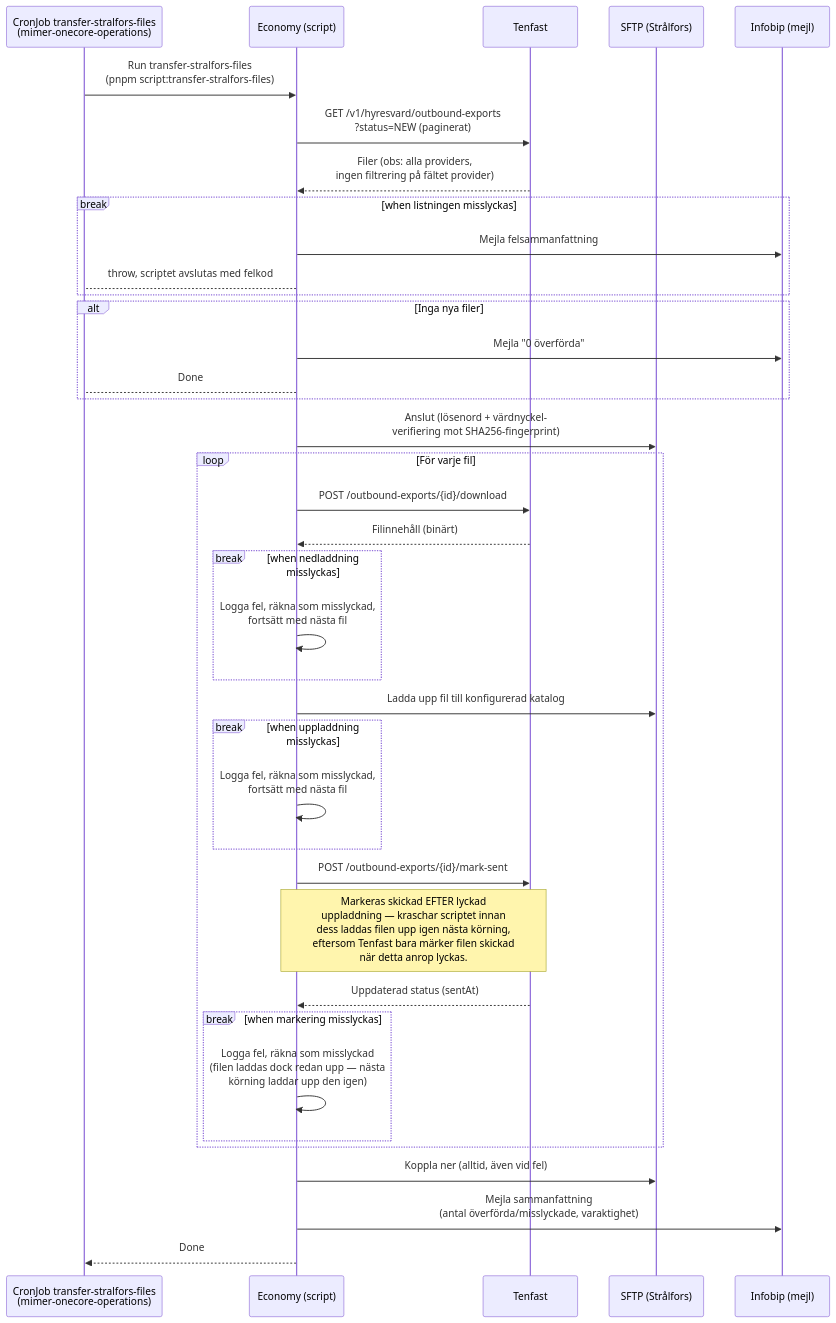
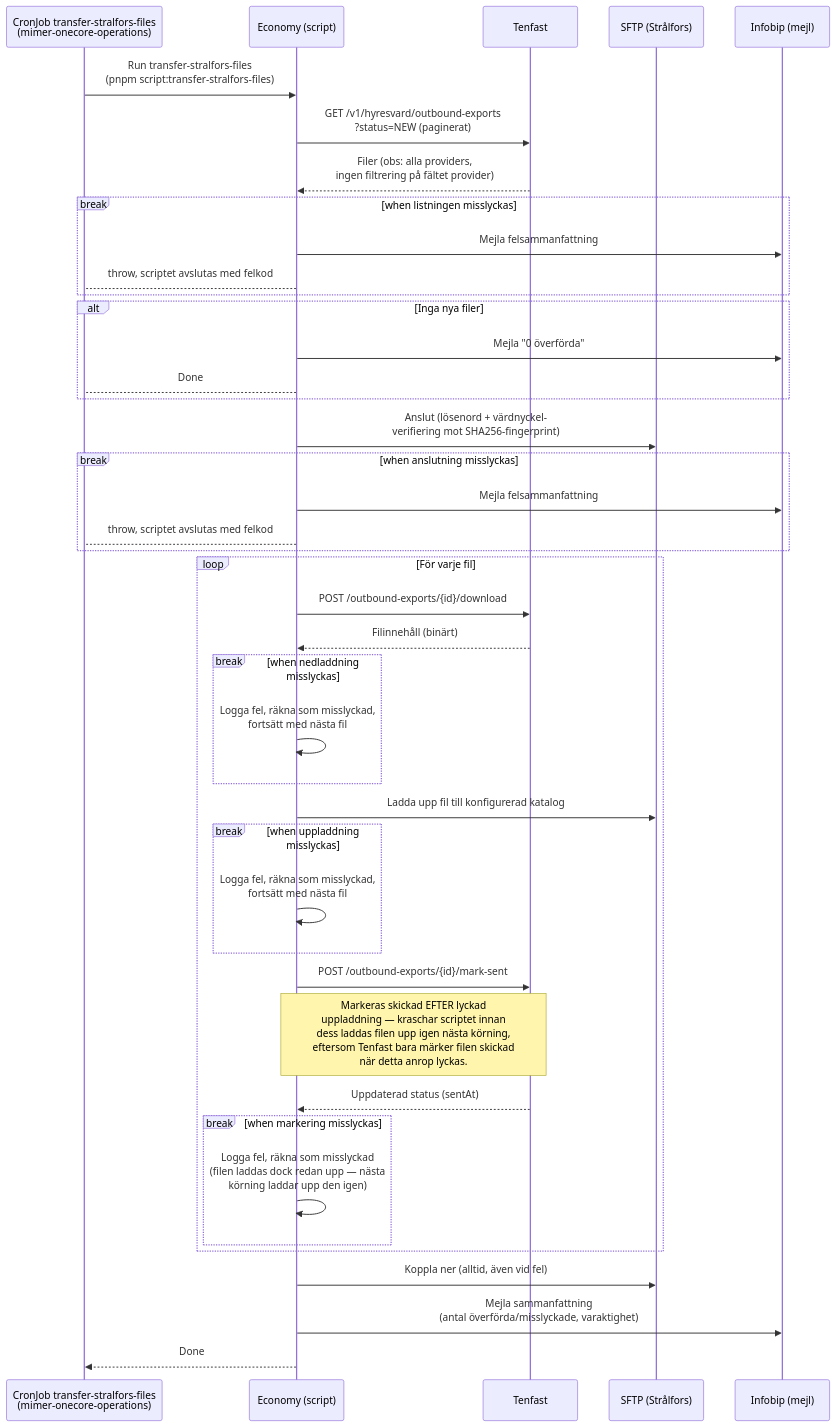
Before and after one commit to Bostads-AB-Mimer/onecore: the second of 2 diagrams in core/src/processes/invoicedistribution/DOCS_Transfer_Files_to_Stralfors.md, drawn with Mermaid. The commit also changed 1 other file, not shown here.

Commit message:
Docs: address Linda's review feedback on the Strålfors PR
- Add the missing break-block for an SFTP connection failure in the
  file-transfer sequence diagram, per Linda's inline suggestion.
- Replace the two open questions in "Att känna till" with her actual
  answers: the CronJob's suspend:true was copied boilerplate, not a
  deliberate pause (activation tracked in AVTAL-169); the missing
  provider filter is a confirmed, deliberate assumption for now (a
  follow-up ticket is being created for when Tenfast's queue might
  carry other distributors' files).

````diff
--- a/core/src/processes/invoicedistribution/DOCS_Transfer_Files_to_Stralfors.md
+++ b/core/src/processes/invoicedistribution/DOCS_Transfer_Files_to_Stralfors.md
@@ -37,53 +37,58 @@
 ```mermaid
 sequenceDiagram
     participant CronJob as CronJob transfer-stralfors-files<br/>(mimer-onecore-operations)
     participant Economy as Economy (script)
     participant Tenfast as Tenfast
     participant SFTP as SFTP (Strålfors)
     participant Infobip as Infobip (mejl)
 
     CronJob ->> Economy: Run transfer-stralfors-files<br/>(pnpm script:transfer-stralfors-files)
 
     Economy ->> Tenfast: GET /v1/hyresvard/outbound-exports<br/>?status=NEW (paginerat)
     Tenfast -->> Economy: Filer (obs: alla providers,<br/>ingen filtrering på fältet provider)
 
     break when listningen misslyckas
         Economy ->> Infobip: Mejla felsammanfattning
         Economy-->CronJob: throw, scriptet avslutas med felkod
     end
 
     alt Inga nya filer
         Economy ->> Infobip: Mejla "0 överförda"
         Economy-->CronJob: Done
     end
 
     Economy ->> SFTP: Anslut (lösenord + värdnyckel-<br/>verifiering mot SHA256-fingerprint)
+
+    break when anslutning misslyckas
+        Economy ->> Infobip: Mejla felsammanfattning
+        Economy-->CronJob: throw, scriptet avslutas med felkod
+    end
 
     loop För varje fil
         Economy ->> Tenfast: POST /outbound-exports/{id}/download
         Tenfast -->> Economy: Filinnehåll (binärt)
 
         break when nedladdning misslyckas
             Economy ->> Economy: Logga fel, räkna som misslyckad,<br/>fortsätt med nästa fil
         end
 
         Economy ->> SFTP: Ladda upp fil till konfigurerad katalog
 
         break when uppladdning misslyckas
             Economy ->> Economy: Logga fel, räkna som misslyckad,<br/>fortsätt med nästa fil
         end
 
         Economy ->> Tenfast: POST /outbound-exports/{id}/mark-sent
         note over Economy,Tenfast: Markeras skickad EFTER lyckad<br/>uppladdning — kraschar scriptet innan<br/>dess laddas filen upp igen nästa körning,<br/>eftersom Tenfast bara märker filen skickad<br/>när detta anrop lyckas.
         Tenfast -->> Economy: Uppdaterad status (sentAt)
 
         break when markering misslyckas
             Economy ->> Economy: Logga fel, räkna som misslyckad<br/>(filen laddas dock redan upp — nästa<br/>körning laddar upp den igen)
         end
     end
 
     Economy ->> SFTP: Koppla ner (alltid, även vid fel)
     Economy ->> Infobip: Mejla sammanfattning<br/>(antal överförda/misslyckade, varaktighet)
     Economy -->> CronJob: Done
 
 ```
````
